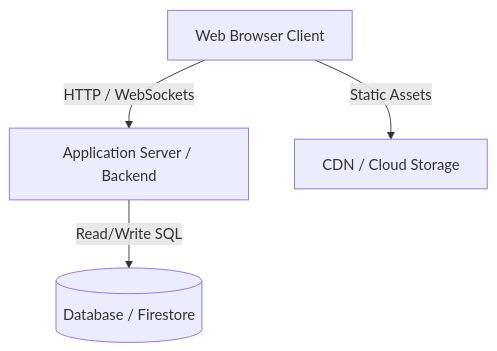
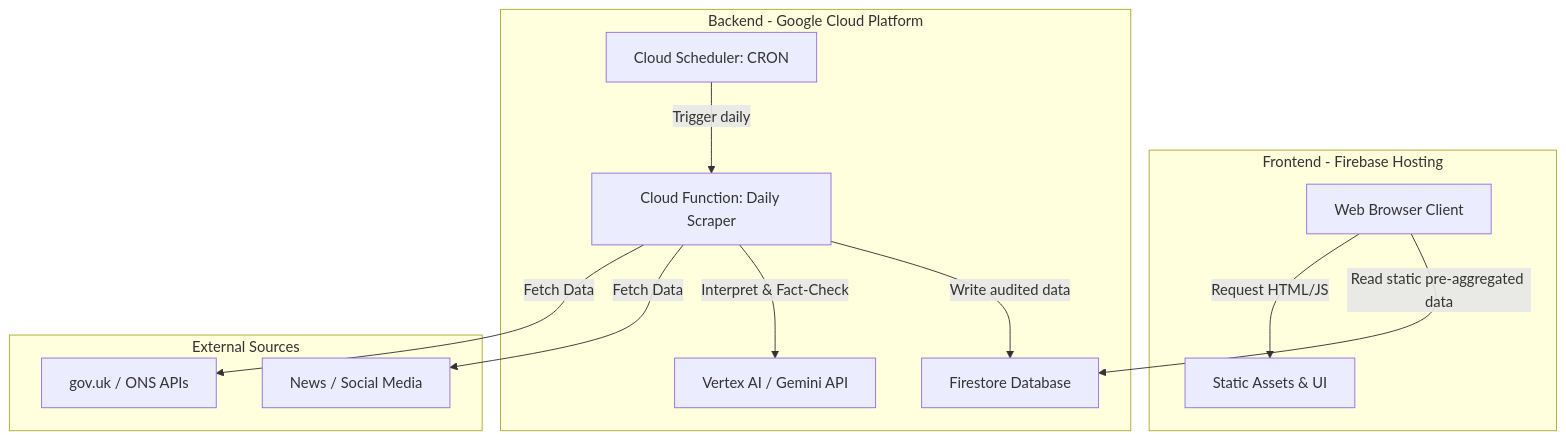
The diagram in docs/ARCHITECTURE.md (oliverconstance/housing-with-agents), drawn with Mermaid before and after one commit. The commit also changed other lines of this file and 6 other files, not shown here.

````diff
--- a/docs/ARCHITECTURE.md
+++ b/docs/ARCHITECTURE.md
@@ -21,6 +19,28 @@
 ```mermaid
 graph TD
-    Client[Web Browser Client] -->|HTTP / WebSockets| Server[Application Server / Backend]
-    Server -->|Read/Write SQL| DB[(Database / Firestore)]
-    Client -->|Static Assets| CDN[CDN / Cloud Storage]
+    subgraph Frontend - Firebase Hosting
+        Client[Web Browser Client]
+        Static[Static Assets & UI]
+    end
+
+    subgraph Backend - Google Cloud Platform
+        API[Firestore Database]
+        Pipeline[Cloud Function: Daily Scraper]
+        Scheduler[Cloud Scheduler: CRON]
+        ML[Vertex AI / Gemini API]
+    end
+
+    subgraph External Sources
+        Gov[gov.uk / ONS APIs]
+        News[News / Social Media]
+    end
+
+    Scheduler -->|Trigger daily| Pipeline
+    Pipeline -->|Fetch Data| Gov
+    Pipeline -->|Fetch Data| News
+    Pipeline -->|Interpret & Fact-Check| ML
+    Pipeline -->|Write audited data| API
+    
+    Client -->|Request HTML/JS| Static
+    Client -->|Read static pre-aggregated data| API
 ```
````
